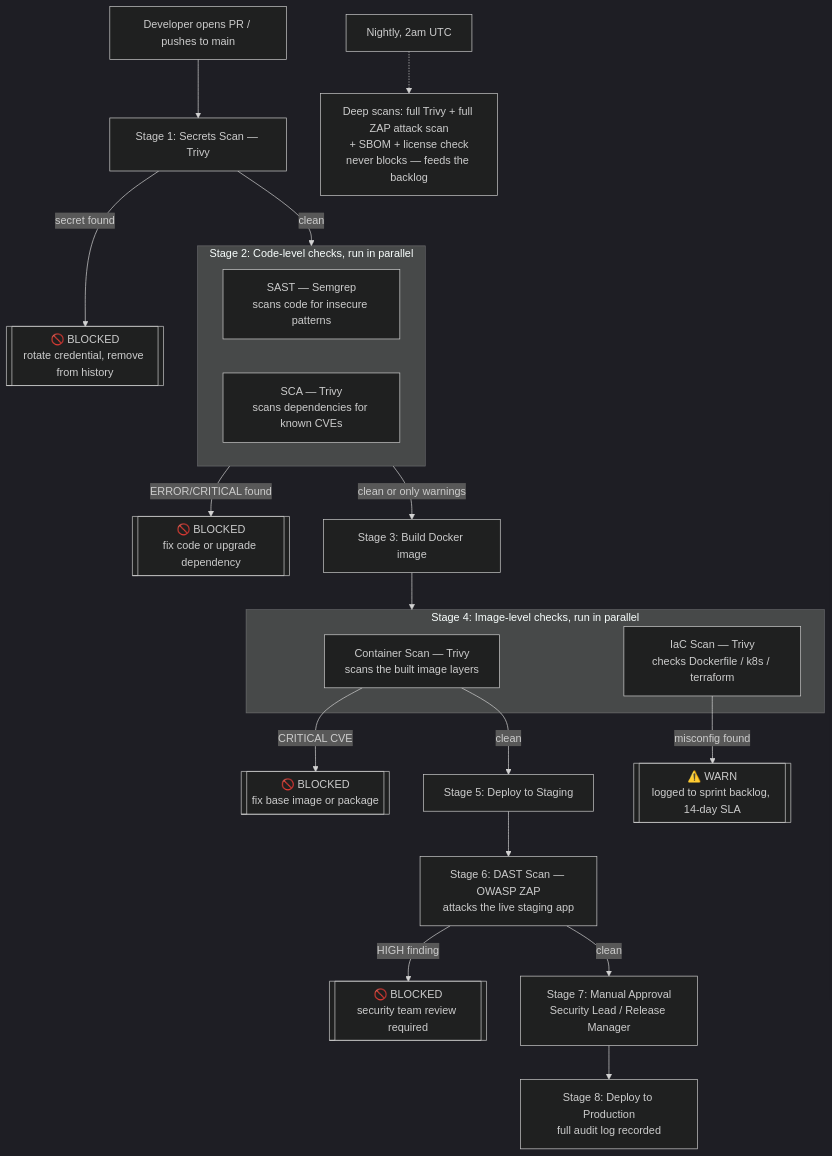
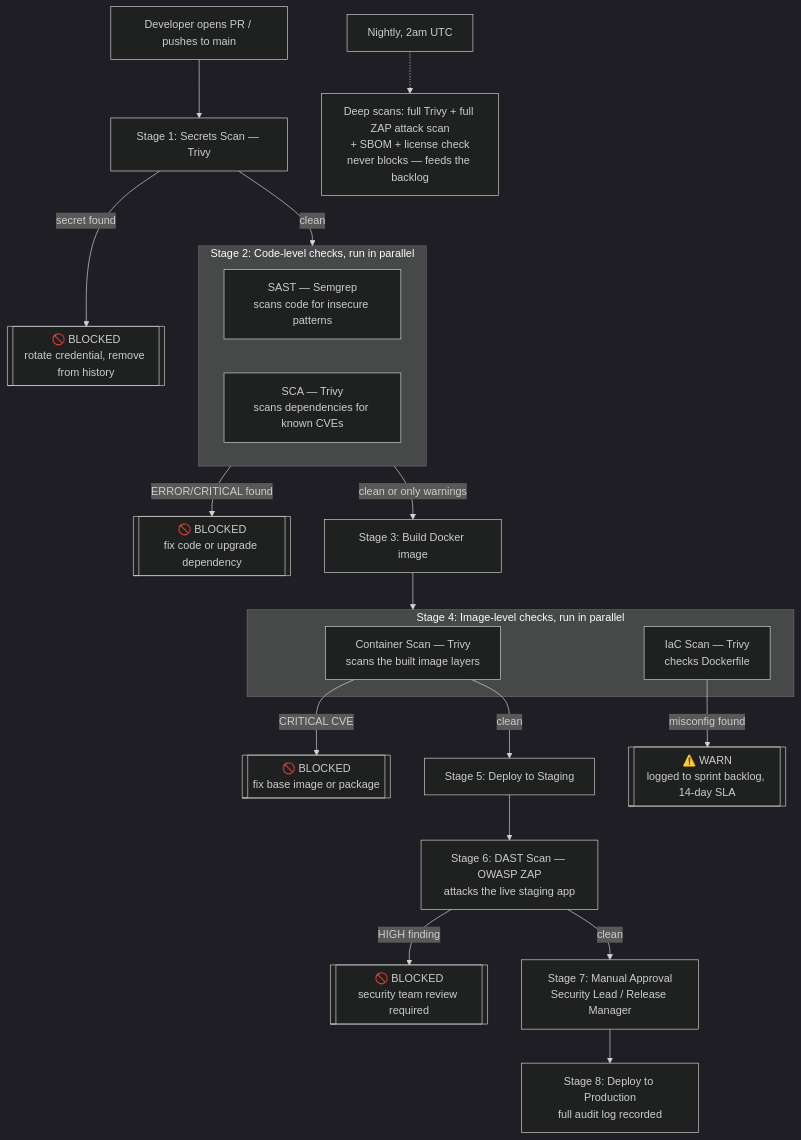
The diagram in README.md (Denish02/DEVSECOPS), drawn with Mermaid (dark theme) before and after one commit. The commit also changed 6 other files, not shown here.

First line of the commit message:
Remove stale k8s/terraform, narrow IaC scan

````diff
--- a/README.md
+++ b/README.md
@@ -45,30 +45,30 @@
 ```mermaid
 flowchart TD
     A[Developer opens PR / pushes to main] --> B[Stage 1: Secrets Scan — Trivy]
     B -- secret found --> BLOCK1[["🚫 BLOCKED\nrotate credential, remove from history"]]
     B -- clean --> C
 
     subgraph C [Stage 2: Code-level checks, run in parallel]
         C1[SAST — Semgrep\nscans code for insecure patterns]
         C2[SCA — Trivy\nscans dependencies for known CVEs]
     end
     C -- ERROR/CRITICAL found --> BLOCK2[["🚫 BLOCKED\nfix code or upgrade dependency"]]
     C -- clean or only warnings --> D[Stage 3: Build Docker image]
 
     D --> E
     subgraph E [Stage 4: Image-level checks, run in parallel]
         E1[Container Scan — Trivy\nscans the built image layers]
-        E2[IaC Scan — Trivy\nchecks Dockerfile / k8s / terraform]
+        E2[IaC Scan — Trivy\nchecks Dockerfile]
     end
     E1 -- CRITICAL CVE --> BLOCK3[["🚫 BLOCKED\nfix base image or package"]]
     E2 -- misconfig found --> WARN1[["⚠️ WARN\nlogged to sprint backlog, 14-day SLA"]]
     E1 -- clean --> F[Stage 5: Deploy to Staging]
 
     F --> G[Stage 6: DAST Scan — OWASP ZAP\nattacks the live staging app]
     G -- HIGH finding --> BLOCK4[["🚫 BLOCKED\nsecurity team review required"]]
     G -- clean --> H[Stage 7: Manual Approval\nSecurity Lead / Release Manager]
 
     H --> I[Stage 8: Deploy to Production\nfull audit log recorded]
 
     J[Nightly, 2am UTC] -.-> K[Deep scans: full Trivy + full ZAP attack scan\n+ SBOM + license check\nnever blocks — feeds the backlog]
 ```
````
